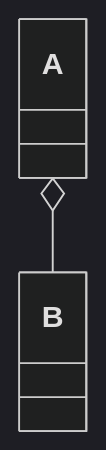
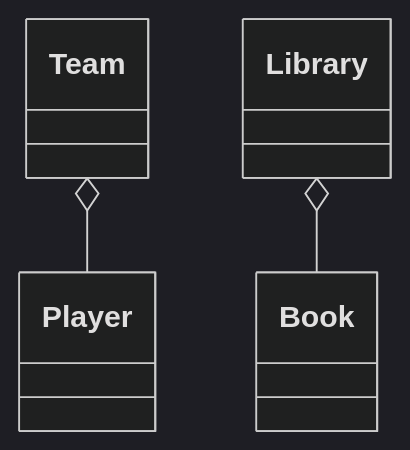
The seventh of 18 diagrams in docs/11-DevTools/03-Mermaid/03-class-diagram.md (Bosh-Kuo/Bosh-Docusaurus-Dev-Notes), drawn with Mermaid (dark theme) before and after one commit. The commit also changed other lines of this file, not shown here.

Commit message:
docs: 更新 Mermaid 文章內容，增強類別關係說明與範例

````diff
--- a/docs/11-DevTools/03-Mermaid/03-class-diagram.md
+++ b/docs/11-DevTools/03-Mermaid/03-class-diagram.md
@@ -335,6 +347,5 @@
     ```mermaid
     classDiagram
-    class A
-    class B
-    A o-- B
+        Team o-- Player
+        Library o-- Book
     ```
````
